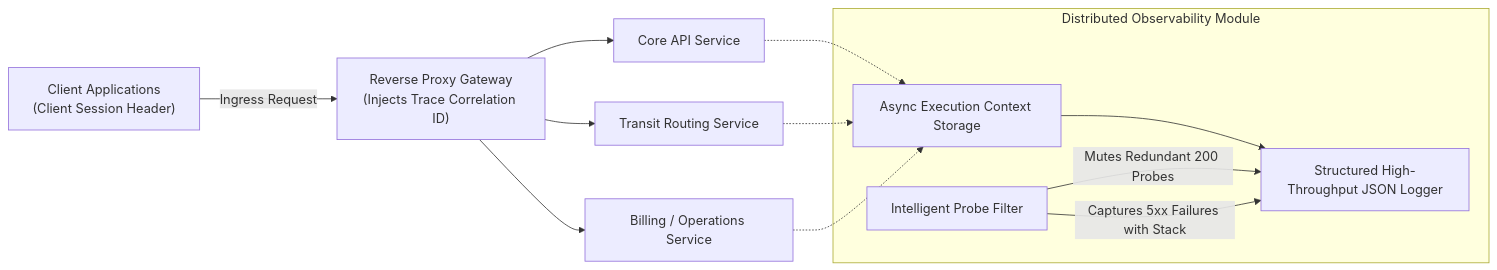
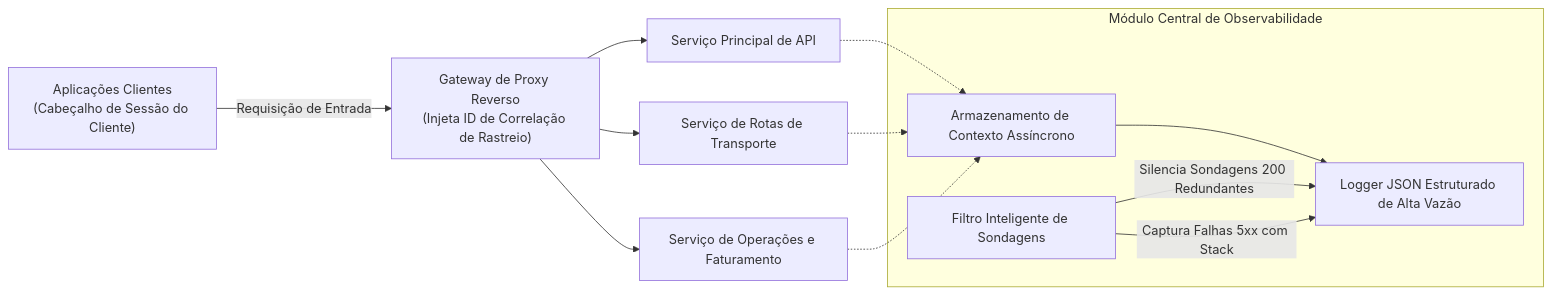
One commit to Fcsscoder/case-studies changed the first of 2 diagrams in backend-and-distributed-systems/distributed-observability-lib/README.md. Above: the diagram before and after it, drawn with Mermaid. The commit also changed other lines of this file and 21 other files, not shown here.

````diff
--- a/backend-and-distributed-systems/distributed-observability-lib/README.md
+++ b/backend-and-distributed-systems/distributed-observability-lib/README.md
@@ -9,20 +9,20 @@
 ```mermaid
 graph LR
-    Client["Client Applications<br/>(Client Session Header)"] -->|Ingress Request| Gateway["Reverse Proxy Gateway<br/>(Injects Trace Correlation ID)"]
-    Gateway --> ServiceA["Core API Service"]
-    Gateway --> ServiceB["Transit Routing Service"]
-    Gateway --> ServiceC["Billing / Operations Service"]
+    Client["Aplicações Clientes<br/>(Cabeçalho de Sessão do Cliente)"] -->|Requisição de Entrada| Gateway["Gateway de Proxy Reverso<br/>(Injeta ID de Correlação de Rastreio)"]
+    Gateway --> ServiceA["Serviço Principal de API"]
+    Gateway --> ServiceB["Serviço de Rotas de Transporte"]
+    Gateway --> ServiceC["Serviço de Operações e Faturamento"]
     
-    subgraph ObservabilityCore ["Distributed Observability Module"]
-        Context["Async Execution Context Storage"]
-        Logger["Structured High-Throughput JSON Logger"]
-        Filter["Intelligent Probe Filter"]
+    subgraph ObservabilityCore ["Módulo Central de Observabilidade"]
+        Context["Armazenamento de Contexto Assíncrono"]
+        Logger["Logger JSON Estruturado de Alta Vazão"]
+        Filter["Filtro Inteligente de Sondagens"]
     end
     
     ServiceA -.-> Context
     ServiceB -.-> Context
     ServiceC -.-> Context
     Context --> Logger
-    Filter -->|Mutes Redundant 200 Probes| Logger
-    Filter -->|Captures 5xx Failures with Stack| Logger
+    Filter -->|Silencia Sondagens 200 Redundantes| Logger
+    Filter -->|Captura Falhas 5xx com Stack| Logger
 ```
````
